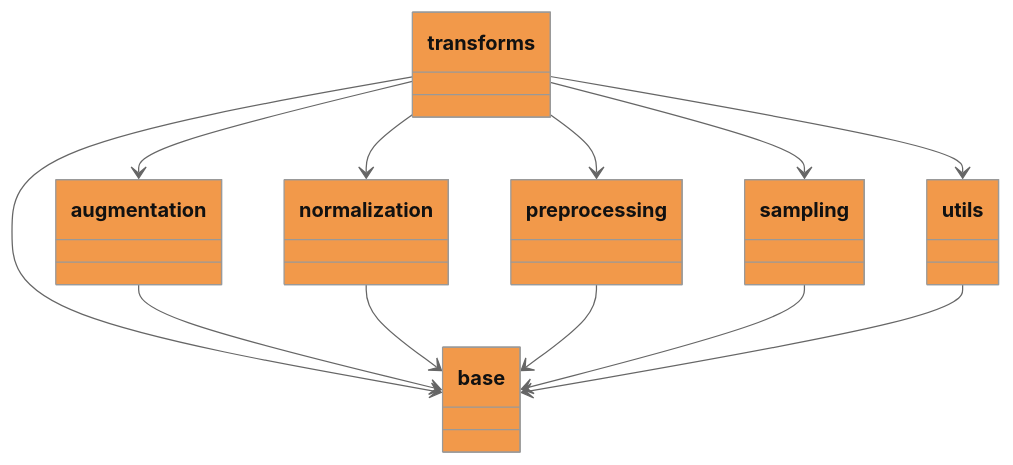
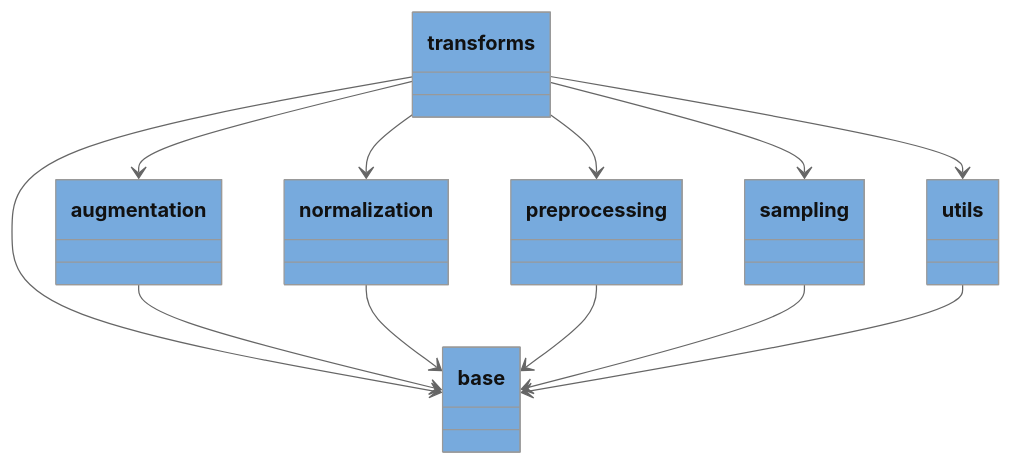
The diagram in docs/pyreverse/mermaid/packages_pythermondt.transforms.mmd (voidsy-gmbh/pyThermoNDT), drawn with Mermaid (neutral theme) before and after one commit. The commit also changed 59 other files, not shown here.

Commit message:
Update mermaid diagrams

```diff
--- a/docs/pyreverse/mermaid/packages_pythermondt.transforms.mmd
+++ b/docs/pyreverse/mermaid/packages_pythermondt.transforms.mmd
@@ -1,33 +1,33 @@
 classDiagram
   class transforms {
   }
-  style transforms fill:#F2994A
+  style transforms fill:#77AADD
   class augmentation {
   }
-  style augmentation fill:#F2994A
+  style augmentation fill:#77AADD
   class base {
   }
-  style base fill:#F2994A
+  style base fill:#77AADD
   class normalization {
   }
-  style normalization fill:#F2994A
+  style normalization fill:#77AADD
   class preprocessing {
   }
-  style preprocessing fill:#F2994A
+  style preprocessing fill:#77AADD
   class sampling {
   }
-  style sampling fill:#F2994A
+  style sampling fill:#77AADD
   class utils {
   }
-  style utils fill:#F2994A
+  style utils fill:#77AADD
   transforms --> augmentation
   transforms --> base
   transforms --> normalization
   transforms --> preprocessing
   transforms --> sampling
   transforms --> utils
   augmentation --> base
   normalization --> base
   preprocessing --> base
   sampling --> base
   utils --> base
```
